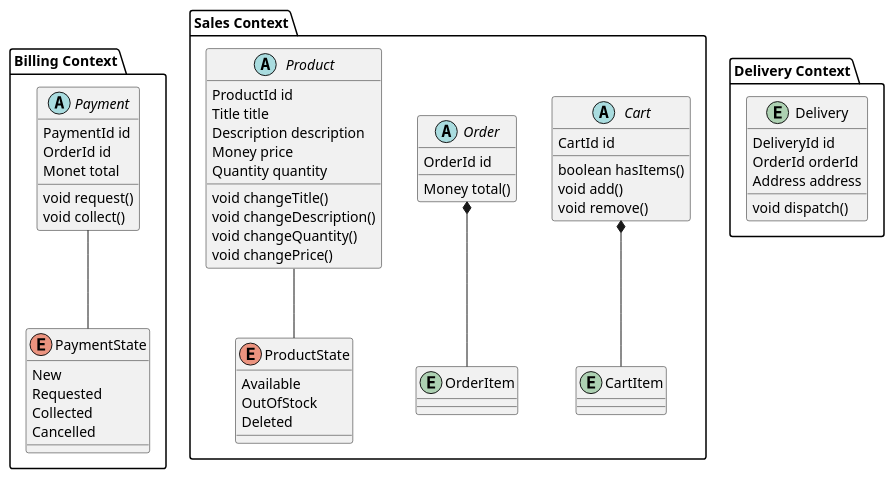
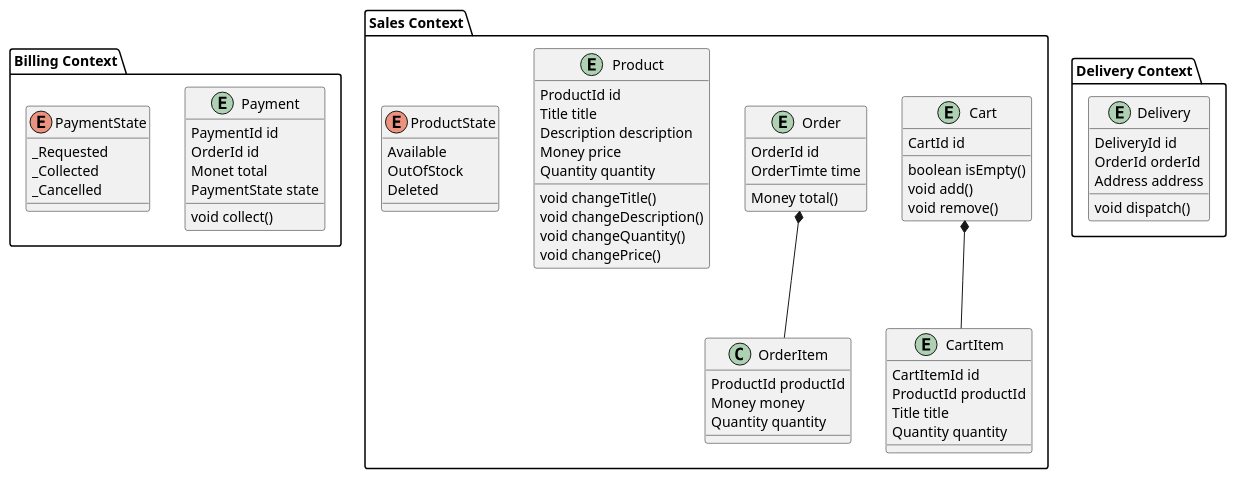
One commit to ajarmolkowicz/e-commerce changed the diagram in uml/diagram.puml. Above: the diagram before and after it, drawn with PlantUML. The commit also changed 3 other files, not shown here.

```diff
--- a/uml/diagram.puml
+++ b/uml/diagram.puml
@@ -1,70 +1,78 @@
 @startuml
 package "Billing Context" {
 
-abstract Payment {
+entity Payment {
 PaymentId id
 OrderId id
 Monet total
-void request()
+PaymentState state
 void collect()
 }
 
 enum PaymentState {
-New
-Requested
-Collected
-Cancelled
+_Requested
+_Collected
+_Cancelled
 }
 
-Payment -- PaymentState
 }
 
 package "Sales Context" {
 
-abstract Cart {
+entity Cart {
 CartId id
-boolean hasItems()
+boolean isEmpty()
 void add()
 void remove()
 }
-entity CartItem
+entity CartItem {
+CartItemId id
+ProductId productId
+Title title
+Quantity quantity
+}
 Cart *-- CartItem
 
-abstract Order {
+entity Order {
 OrderId id
+OrderTimte time
 Money total()
 }
-entity OrderItem
+class OrderItem {
+ProductId productId
+Money money
+Quantity quantity
+}
 Order *-- OrderItem
 
-abstract Product {
+entity Product {
 ProductId id
 Title title
 Description description
 Money price
 Quantity quantity
 void changeTitle()
 void changeDescription()
 void changeQuantity()
 void changePrice()
 }
+
 enum ProductState {
 Available
 OutOfStock
 Deleted
 }
-Product -- ProductState
 
 }
 
 package "Delivery Context" {
 
 entity Delivery{
 DeliveryId id
 OrderId orderId
 Address address
 void dispatch()
 }
 
 }
 @enduml
```
